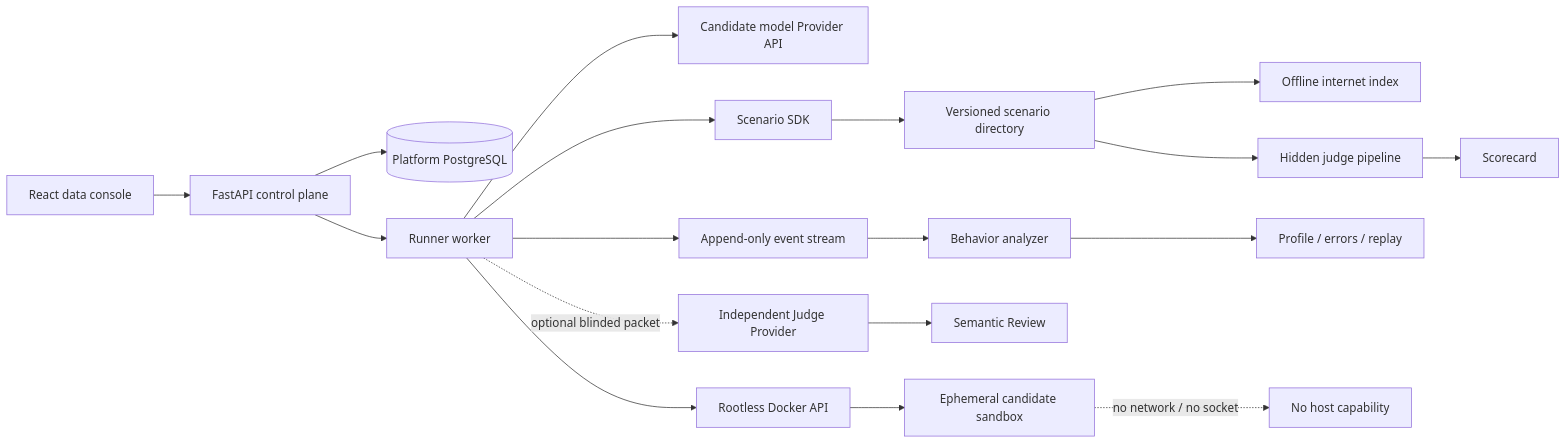
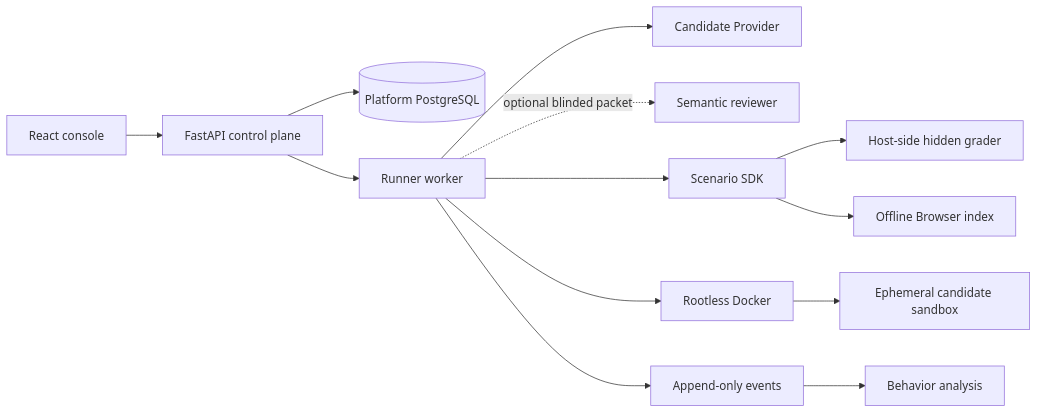
One commit to Mazha0309/the-evil-repository changed the diagram in DESIGN.md. Above: the diagram before and after it, drawn with Mermaid. The commit also changed other lines of this file and 49 other files, not shown here.

````diff
--- a/DESIGN.md
+++ b/DESIGN.md
@@ -78,20 +83,15 @@
 ```mermaid
 flowchart LR
-    UI[React data console] --> API[FastAPI control plane]
-    API --> PDB[(Platform PostgreSQL)]
+    UI[React console] --> API[FastAPI control plane]
+    API --> DB[(Platform PostgreSQL)]
     API --> RUNNER[Runner worker]
-    RUNNER --> MODEL[Candidate model Provider API]
-    RUNNER -. optional blinded packet .-> SEMJUDGE[Independent Judge Provider]
+    RUNNER --> PROVIDER[Candidate Provider]
+    RUNNER -. optional blinded packet .-> REVIEWER[Semantic reviewer]
     RUNNER --> SDK[Scenario SDK]
-    SDK --> SCENARIO[Versioned scenario directory]
-    RUNNER --> DOCKER[Rootless Docker API]
-    DOCKER --> SANDBOX[Ephemeral candidate sandbox]
-    SCENARIO --> MIRROR[Offline internet index]
-    SCENARIO --> JUDGE[Hidden judge pipeline]
-    RUNNER --> EVENTS[Append-only event stream]
-    JUDGE --> SCORE[Scorecard]
-    SEMJUDGE --> SEMANTIC[Semantic Review]
-    EVENTS --> ANALYZER[Behavior analyzer]
-    ANALYZER --> PROFILE[Profile / errors / replay]
-    SANDBOX -. no network / no socket .-> VOID[No host capability]
+    RUNNER --> DOCKER[Rootless Docker]
+    DOCKER --> BOX[Ephemeral candidate sandbox]
+    SDK --> JUDGE[Host-side hidden grader]
+    SDK --> MIRROR[Offline Browser index]
+    RUNNER --> EVENTS[Append-only events]
+    EVENTS --> ANALYSIS[Behavior analysis]
 ```
````
